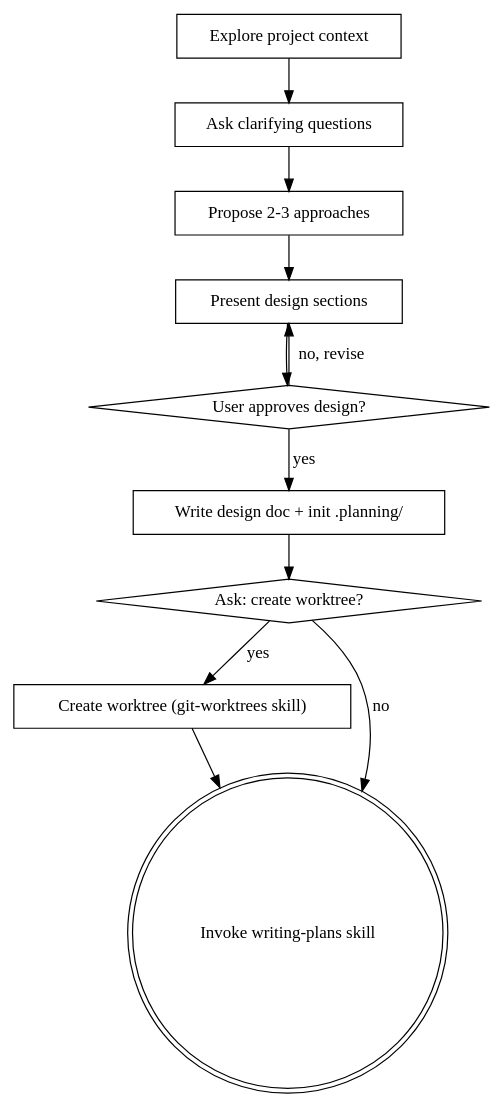
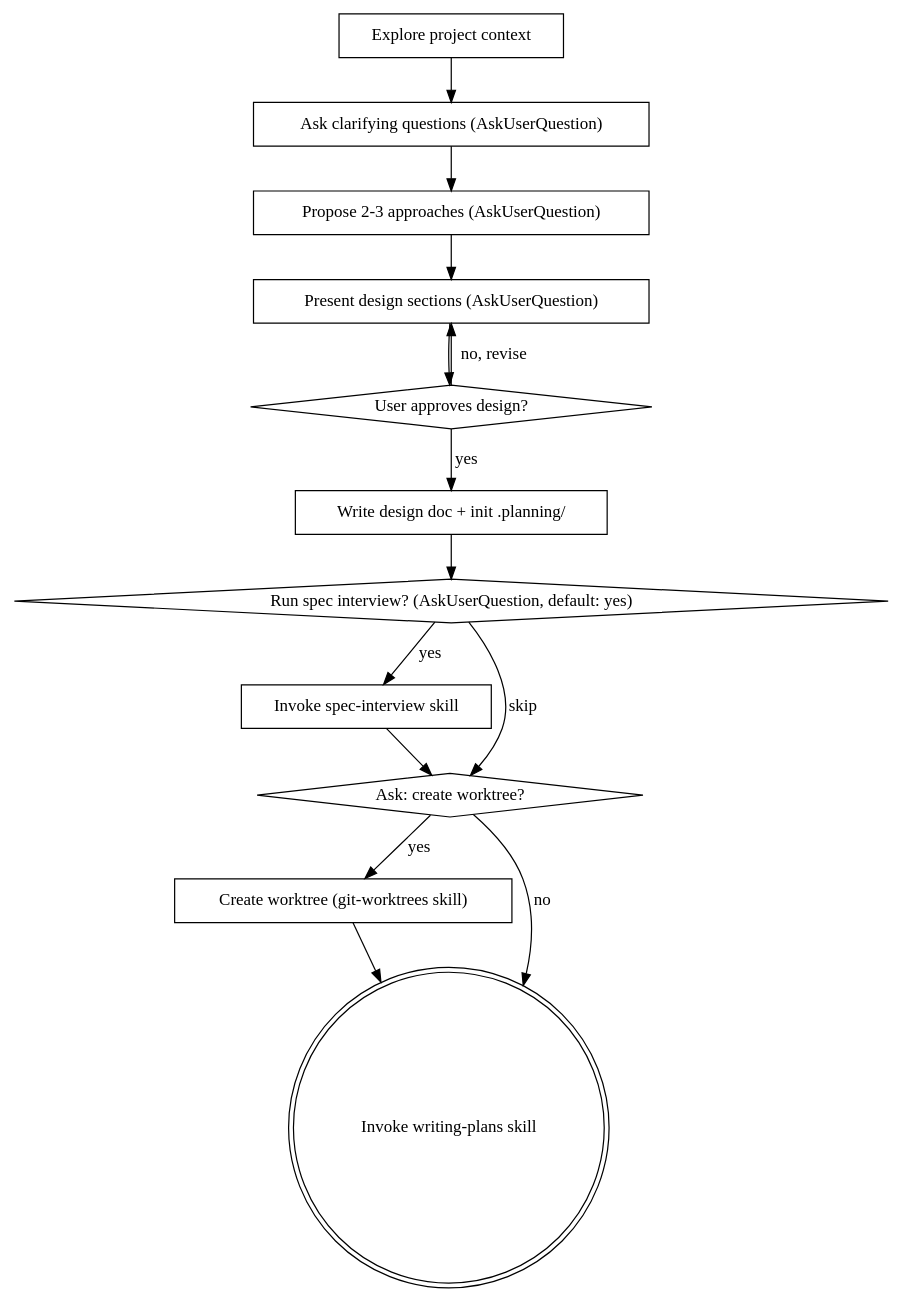
The diagram in skills/brainstorming/SKILL.md (SipengXie2024/superpower-planning), drawn with Graphviz before and after one commit. The commit also changed other lines of this file and 8 other files, not shown here.

First line of the commit message:
feat: enforce code review, add spec-interview, mandate AskUserQuestion in brainstorming

````diff
--- a/skills/brainstorming/SKILL.md
+++ b/skills/brainstorming/SKILL.md
@@ -36,24 +37,29 @@
 ```dot
 digraph brainstorming {
     "Explore project context" [shape=box];
-    "Ask clarifying questions" [shape=box];
-    "Propose 2-3 approaches" [shape=box];
-    "Present design sections" [shape=box];
+    "Ask clarifying questions (AskUserQuestion)" [shape=box];
+    "Propose 2-3 approaches (AskUserQuestion)" [shape=box];
+    "Present design sections (AskUserQuestion)" [shape=box];
     "User approves design?" [shape=diamond];
     "Write design doc + init .planning/" [shape=box];
+    "Run spec interview? (AskUserQuestion, default: yes)" [shape=diamond];
+    "Invoke spec-interview skill" [shape=box];
     "Ask: create worktree?" [shape=diamond];
     "Create worktree (git-worktrees skill)" [shape=box];
     "Invoke writing-plans skill" [shape=doublecircle];
 
-    "Explore project context" -> "Ask clarifying questions";
-    "Ask clarifying questions" -> "Propose 2-3 approaches";
-    "Propose 2-3 approaches" -> "Present design sections";
-    "Present design sections" -> "User approves design?";
-    "User approves design?" -> "Present design sections" [label="no, revise"];
+    "Explore project context" -> "Ask clarifying questions (AskUserQuestion)";
+    "Ask clarifying questions (AskUserQuestion)" -> "Propose 2-3 approaches (AskUserQuestion)";
+    "Propose 2-3 approaches (AskUserQuestion)" -> "Present design sections (AskUserQuestion)";
+    "Present design sections (AskUserQuestion)" -> "User approves design?";
+    "User approves design?" -> "Present design sections (AskUserQuestion)" [label="no, revise"];
     "User approves design?" -> "Write design doc + init .planning/" [label="yes"];
-    "Write design doc + init .planning/" -> "Ask: create worktree?";
+    "Write design doc + init .planning/" -> "Run spec interview? (AskUserQuestion, default: yes)";
+    "Run spec interview? (AskUserQuestion, default: yes)" -> "Invoke spec-interview skill" [label="yes"];
+    "Run spec interview? (AskUserQuestion, default: yes)" -> "Ask: create worktree?" [label="skip"];
+    "Invoke spec-interview skill" -> "Ask: create worktree?";
     "Ask: create worktree?" -> "Create worktree (git-worktrees skill)" [label="yes"];
     "Ask: create worktree?" -> "Invoke writing-plans skill" [label="no"];
     "Create worktree (git-worktrees skill)" -> "Invoke writing-plans skill";
 }
 ```
````
